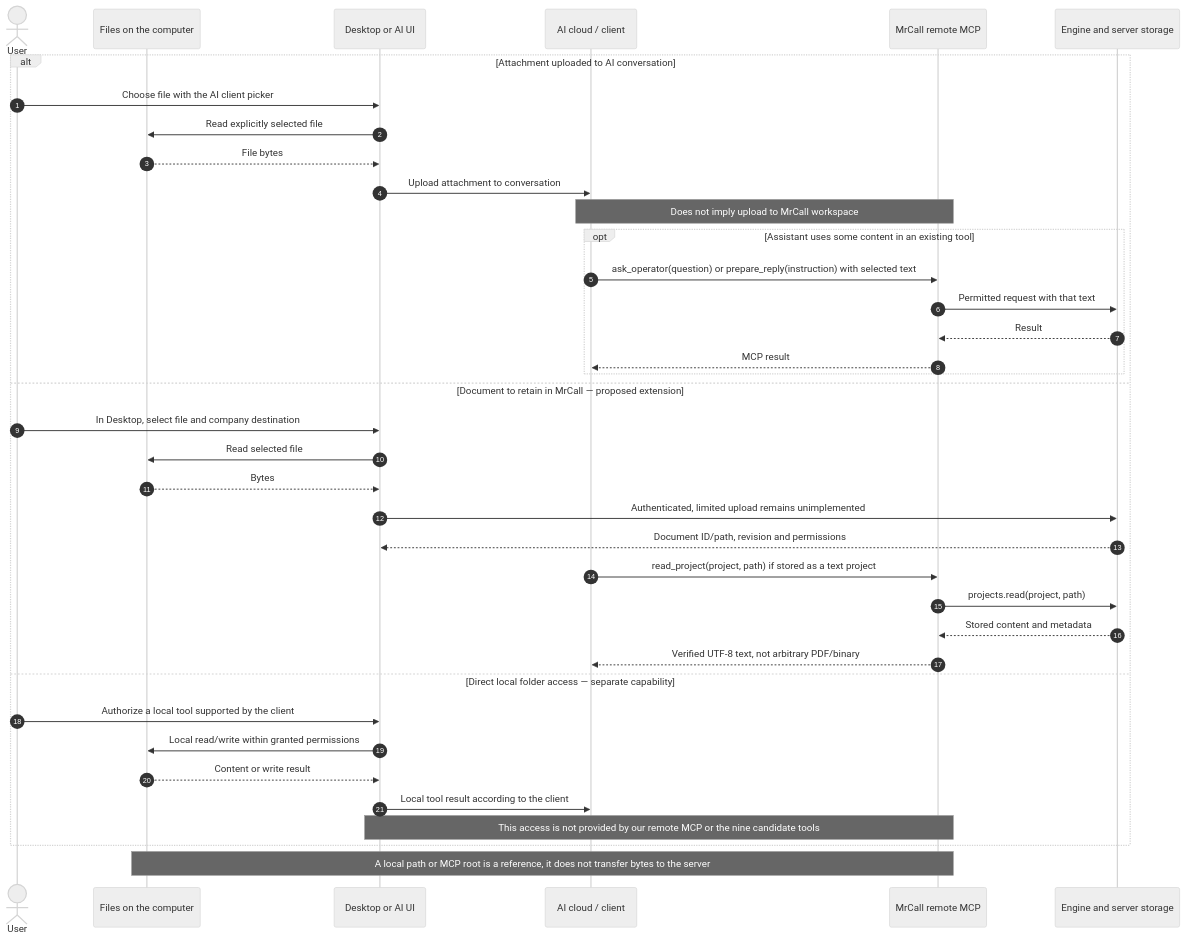
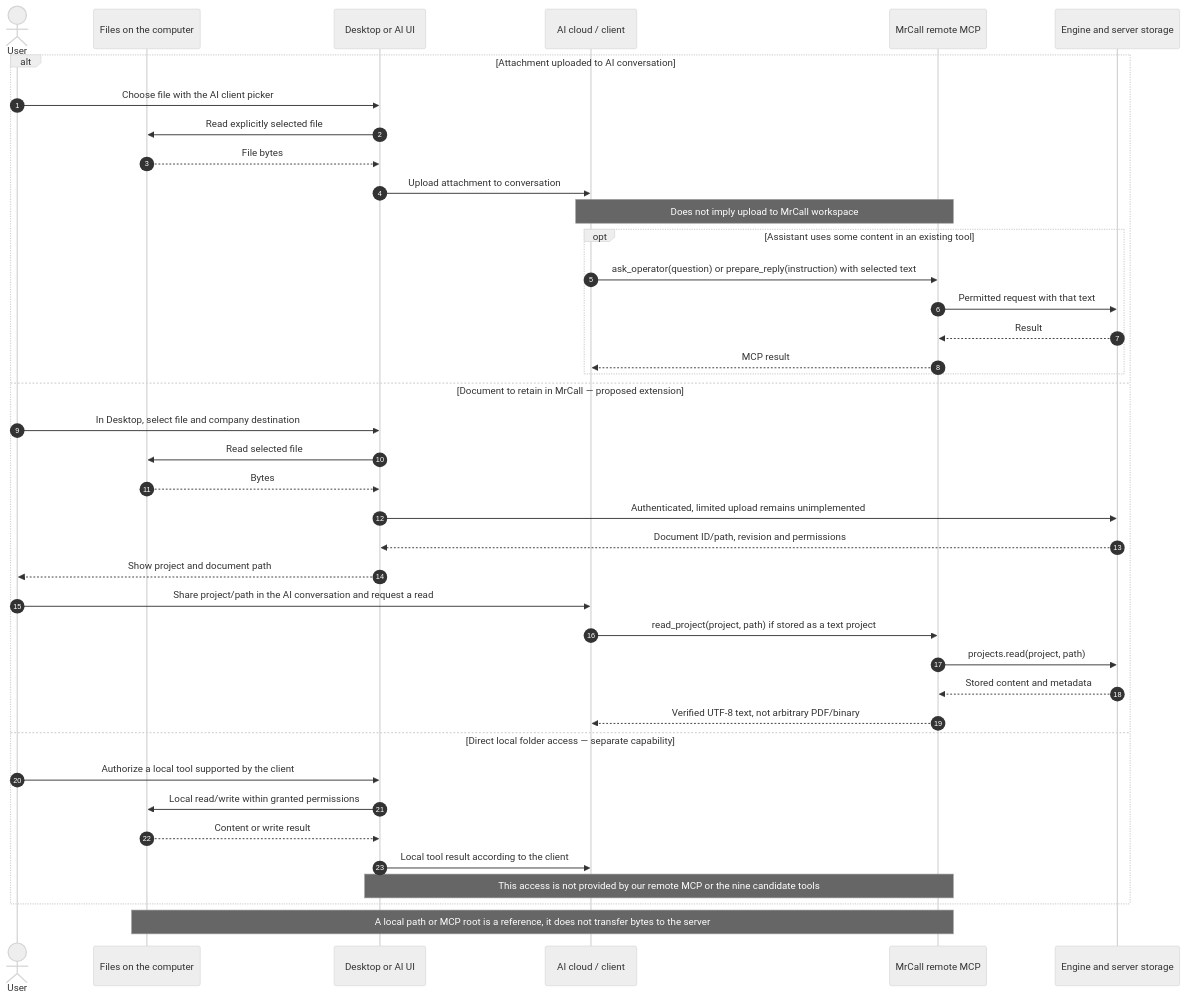
One commit to hahnbanach/mrcall-desktop changed the first of 2 diagrams in docs/operator-data-flows/files-and-lifecycle.md. Above: the diagram before and after it, drawn with Mermaid (neutral theme). The commit also changed other lines of this file and 3 other files, not shown here.

Commit message:
docs: clarify authorization and document handoff flows (#17)

````diff
--- a/docs/operator-data-flows/files-and-lifecycle.md
+++ b/docs/operator-data-flows/files-and-lifecycle.md
@@ -17,40 +17,42 @@
 ```mermaid
 sequenceDiagram
 autonumber
 actor U as User
 participant F as Files on the computer
 participant UI as Desktop or AI UI
 participant C as AI cloud / client
 participant M as MrCall remote MCP
 participant E as Engine and server storage
 alt Attachment uploaded to AI conversation
 U->>UI: Choose file with the AI client picker
 UI->>F: Read explicitly selected file
 F-->>UI: File bytes
 UI->>C: Upload attachment to conversation
 Note over C,M: Does not imply upload to MrCall workspace
 opt Assistant uses some content in an existing tool
 C->>M: ask_operator(question) or prepare_reply(instruction) with selected text
 M->>E: Permitted request with that text
 E-->>M: Result
 M-->>C: MCP result
 end
 else Document to retain in MrCall — proposed extension
 U->>UI: In Desktop, select file and company destination
 UI->>F: Read selected file
 F-->>UI: Bytes
 UI->>E: Authenticated, limited upload remains unimplemented
 E-->>UI: Document ID/path, revision and permissions
+UI-->>U: Show project and document path
+U->>C: Share project/path in the AI conversation and request a read
 C->>M: read_project(project, path) if stored as a text project
 M->>E: projects.read(project, path)
 E-->>M: Stored content and metadata
 M-->>C: Verified UTF-8 text, not arbitrary PDF/binary
 else Direct local folder access — separate capability
 U->>UI: Authorize a local tool supported by the client
 UI->>F: Local read/write within granted permissions
 F-->>UI: Content or write result
 UI->>C: Local tool result according to the client
 Note over UI,M: This access is not provided by our remote MCP or the nine candidate tools
 end
 Note over F,M: A local path or MCP root is a reference, it does not transfer bytes to the server
 ```
````
